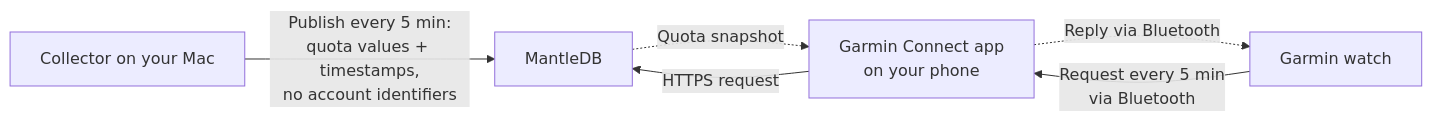
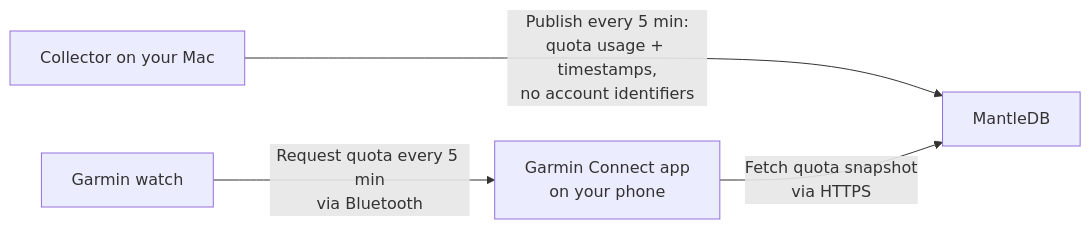
The diagram in README.md (greg76/token-quota), drawn with Mermaid before and after one commit.

Commit message:
simplify diagram

````diff
--- a/README.md
+++ b/README.md
@@ -11,13 +11,11 @@
 ```mermaid
 flowchart LR
     collector["Collector on your Mac"]
     store["MantleDB"]
     phone["Garmin Connect app<br/>on your phone"]
     watch["Garmin watch"]
 
-    collector -->|"Publish every 5 min:<br/>quota values + timestamps,<br/>no account identifiers"| store
-    watch -->|"Request every 5 min<br/>via Bluetooth"| phone
-    phone -->|"HTTPS request"| store
-    store -.->|"Quota snapshot"| phone
-    phone -.->|"Reply via Bluetooth"| watch
+    collector --->|"Publish every 5 min:<br/>quota usage + timestamps,<br/>no account identifiers"| store
+    watch -->|"Request quota every 5 min<br/>via Bluetooth"| phone
+    phone -->|"Fetch quota snapshot<br/>via HTTPS"| store
 ```
````
